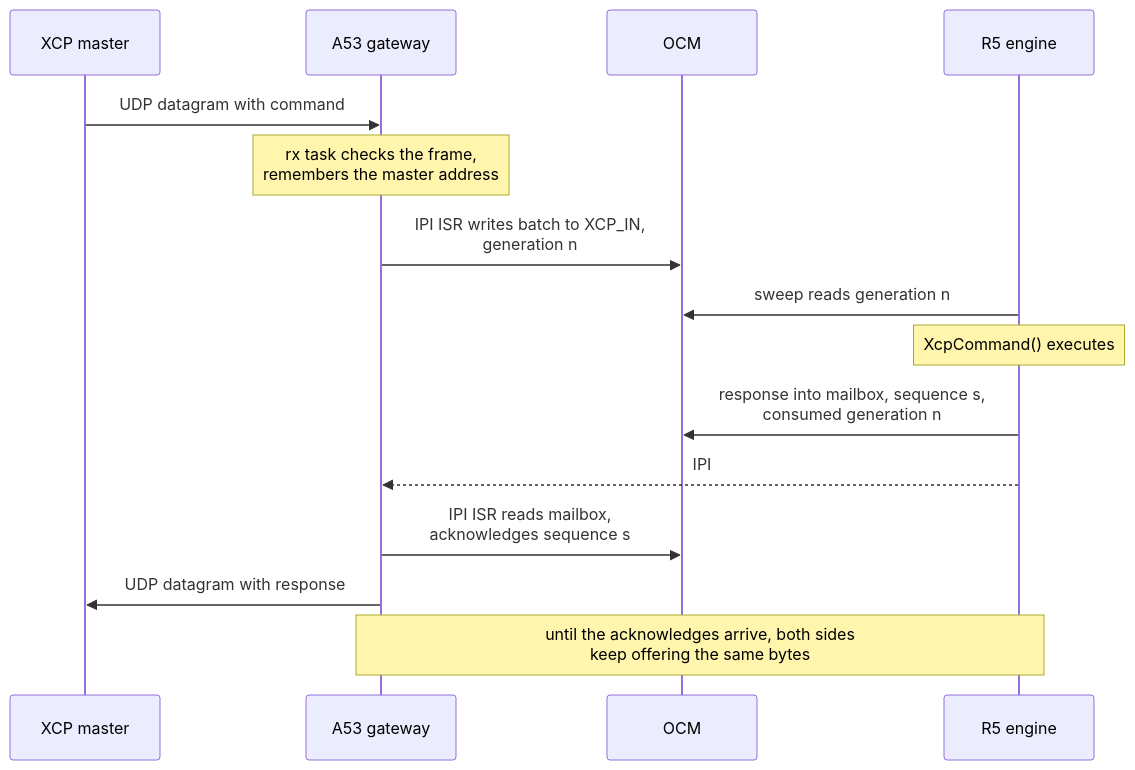
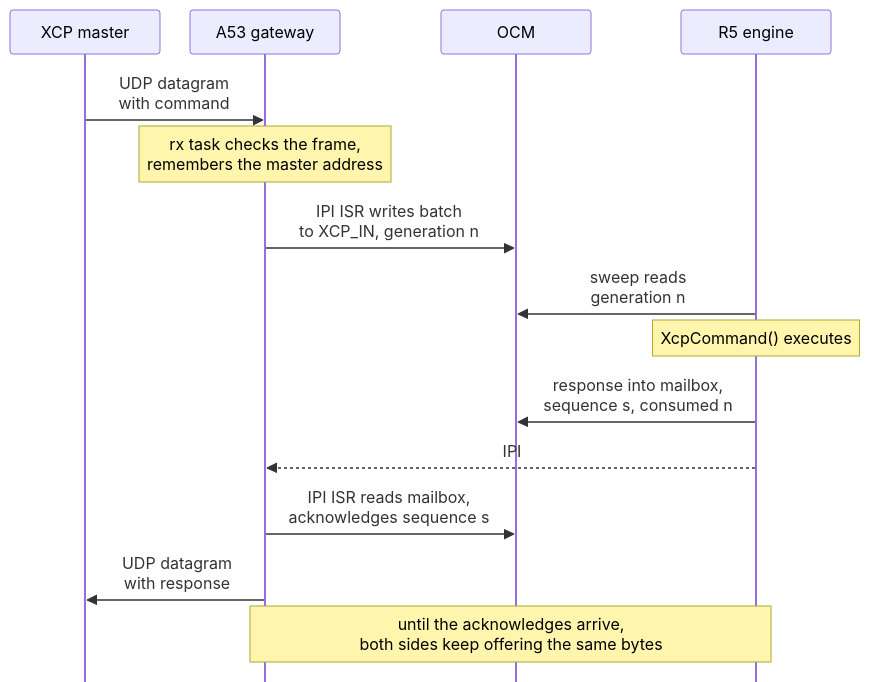
The fourth of 5 diagrams in docs/source/guide/XCP/XCP_architecture.rst (ultrazohm/ultrazohm_sw), drawn with Mermaid before and after one commit. The commit also changed other lines of this file and 3 other files, not shown here.

First line of the commit message:
docs: XCP pages corrected against the code, diagrams made legible

```diff
--- a/docs/source/guide/XCP/XCP_architecture.rst
+++ b/docs/source/guide/XCP/XCP_architecture.rst
@@ -171,19 +190,20 @@
 .. mermaid::
     :align: center
     :caption: Path of one XCP command and its response
 
+    %%{init: {"sequence": {"mirrorActors": false, "messageMargin": 28, "actorMargin": 30, "noteMargin": 8, "boxMargin": 6, "height": 44}}}%%
     sequenceDiagram
       participant M as XCP master
       participant A as A53 gateway
       participant O as OCM
       participant R as R5 engine
-      M->>A: UDP datagram with command
+      M->>A: UDP datagram<br>with command
       Note over A: rx task checks the frame,<br>remembers the master address
-      A->>O: IPI ISR writes batch to XCP_IN,<br>generation n
-      R->>O: sweep reads generation n
+      A->>O: IPI ISR writes batch<br>to XCP_IN, generation n
+      R->>O: sweep reads<br>generation n
       Note over R: XcpCommand() executes
-      R->>O: response into mailbox, sequence s,<br>consumed generation n
+      R->>O: response into mailbox,<br>sequence s, consumed n
       R-->>A: IPI
       A->>O: IPI ISR reads mailbox,<br>acknowledges sequence s
-      A->>M: UDP datagram with response
-      Note over A,R: until the acknowledges arrive, both sides<br>keep offering the same bytes
+      A->>M: UDP datagram<br>with response
+      Note over A,R: until the acknowledges arrive,<br>both sides keep offering the same bytes
```
